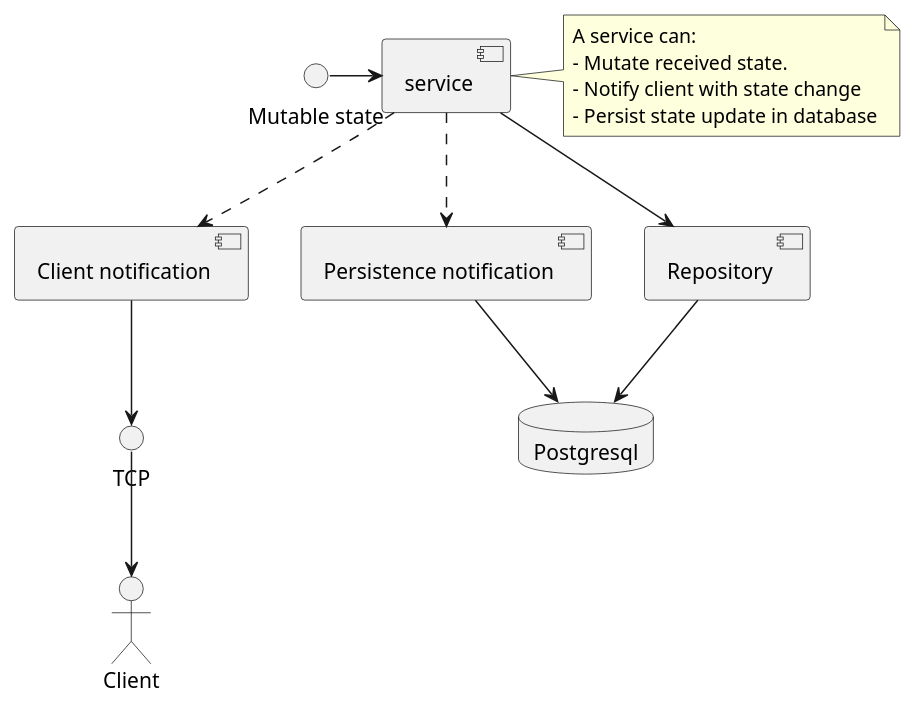
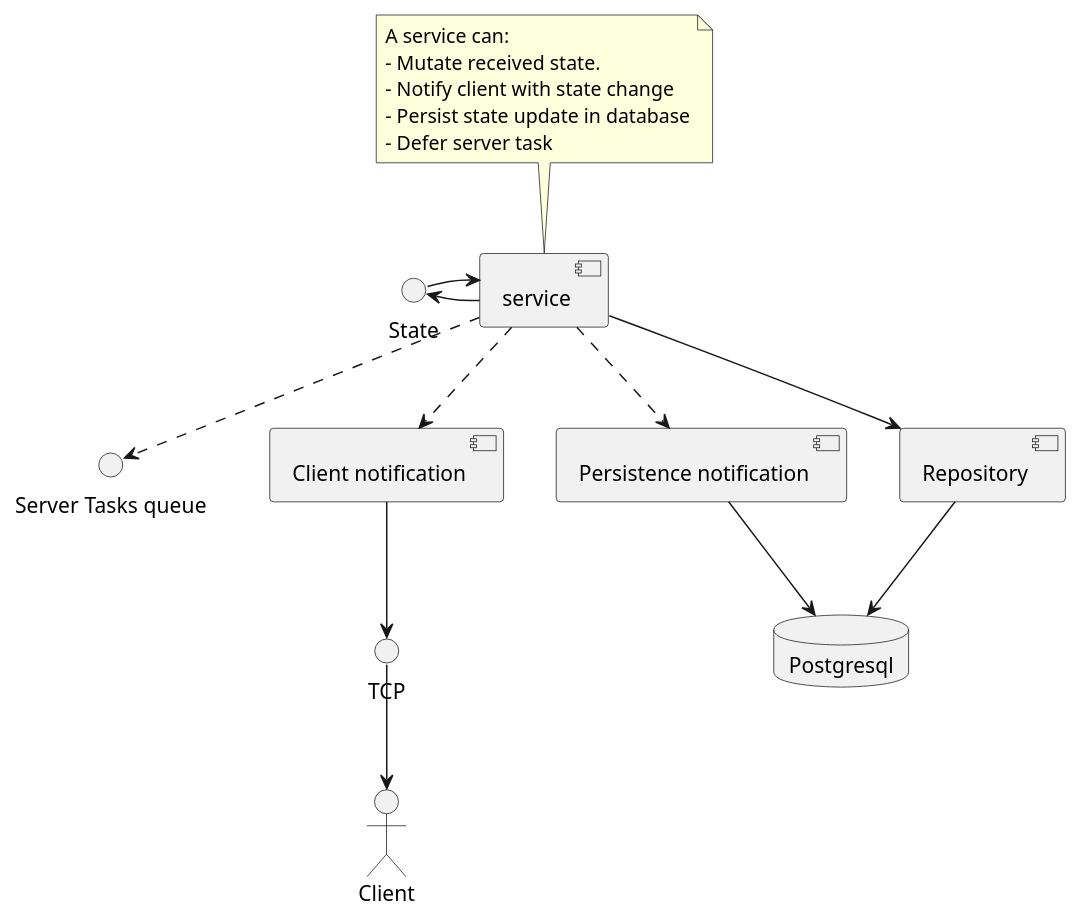
One commit to nmeylan/rust-ro changed the diagram in doc/diagram/service_layer.puml. Above: the diagram before and after it, drawn with PlantUML. The commit also changed 14 other files, not shown here.

Commit message:
Refactoring service layer: reduce dependency to server

```diff
--- a/doc/diagram/service_layer.puml
+++ b/doc/diagram/service_layer.puml
@@ -1,22 +1,25 @@
 @startuml
 
-interface "Mutable state" as mut
+interface "State" as mutin
+interface "Server Tasks queue" as task_queue
 [service] as service
-note right of service: A service can:\n- Mutate received state. \n- Notify client with state change\n- Persist state update in database
+note top of service: A service can:\n- Mutate received state. \n- Notify client with state change\n- Persist state update in database\n- Defer server task
 
 [Client notification] as response
 [Persistence notification] as persistence
 [Repository] as repository
 database Postgresql as database
-mut -> service
+mutin <- service
+mutin -> service
 service ..> response
 service ..> persistence
+service ..> task_queue
 service --> repository
 
 persistence --> database
 repository --> database
 
 interface TCP
 response --> TCP
 TCP --> :Client:
 @enduml
```
